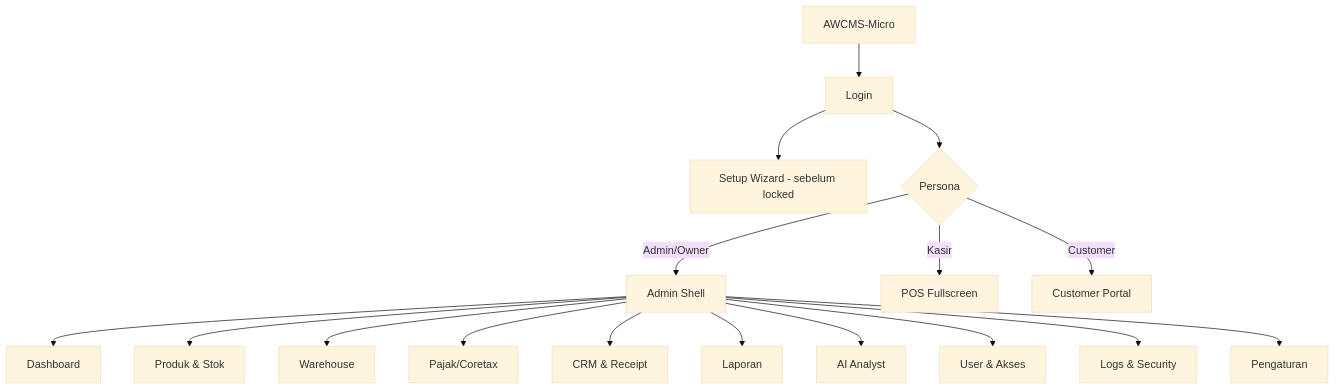
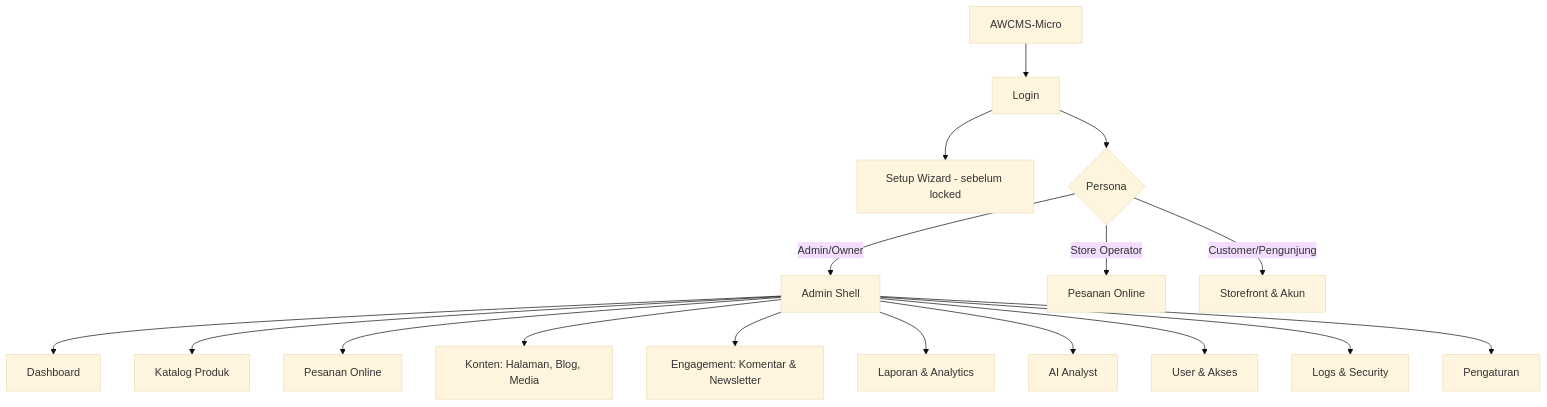
The second of 4 diagrams in docs/awcms-micro/14_ui_ux_design_system.md (ahliweb/awcms-micro), drawn with Mermaid (base theme) before and after one commit. The commit also changed other lines of this file and 24 other files, not shown here.

First line of the commit message:
docs(adr-0034): Round 2 — reframe docs 02–19 running examples from retail/POS to website/online-store (#301)

````diff
--- a/docs/awcms-micro/14_ui_ux_design_system.md
+++ b/docs/awcms-micro/14_ui_ux_design_system.md
@@ -116,20 +116,20 @@
 ```mermaid
 flowchart TD
   Root[AWCMS-Micro] --> Auth[Login]
   Auth --> Setup[Setup Wizard - sebelum locked]
   Auth --> Shell{Persona}
   Shell -->|Admin/Owner| Admin[Admin Shell]
-  Shell -->|Kasir| POS[POS Fullscreen]
-  Shell -->|Customer| Portal[Customer Portal]
+  Shell -->|Store Operator| Ops[Pesanan Online]
+  Shell -->|Customer/Pengunjung| Portal[Storefront & Akun]
 
   Admin --> Dash[Dashboard]
-  Admin --> Prod[Produk & Stok]
-  Admin --> Wh[Warehouse]
-  Admin --> Tax[Pajak/Coretax]
-  Admin --> Crm[CRM & Receipt]
-  Admin --> Rep[Laporan]
+  Admin --> Cat[Katalog Produk]
+  Admin --> Ord[Pesanan Online]
+  Admin --> Content[Konten: Halaman, Blog, Media]
+  Admin --> Eng[Engagement: Komentar & Newsletter]
+  Admin --> Rep[Laporan & Analytics]
   Admin --> Ai[AI Analyst]
   Admin --> Usr[User & Akses]
   Admin --> Logs[Logs & Security]
   Admin --> Setg[Pengaturan]
 ```
````
